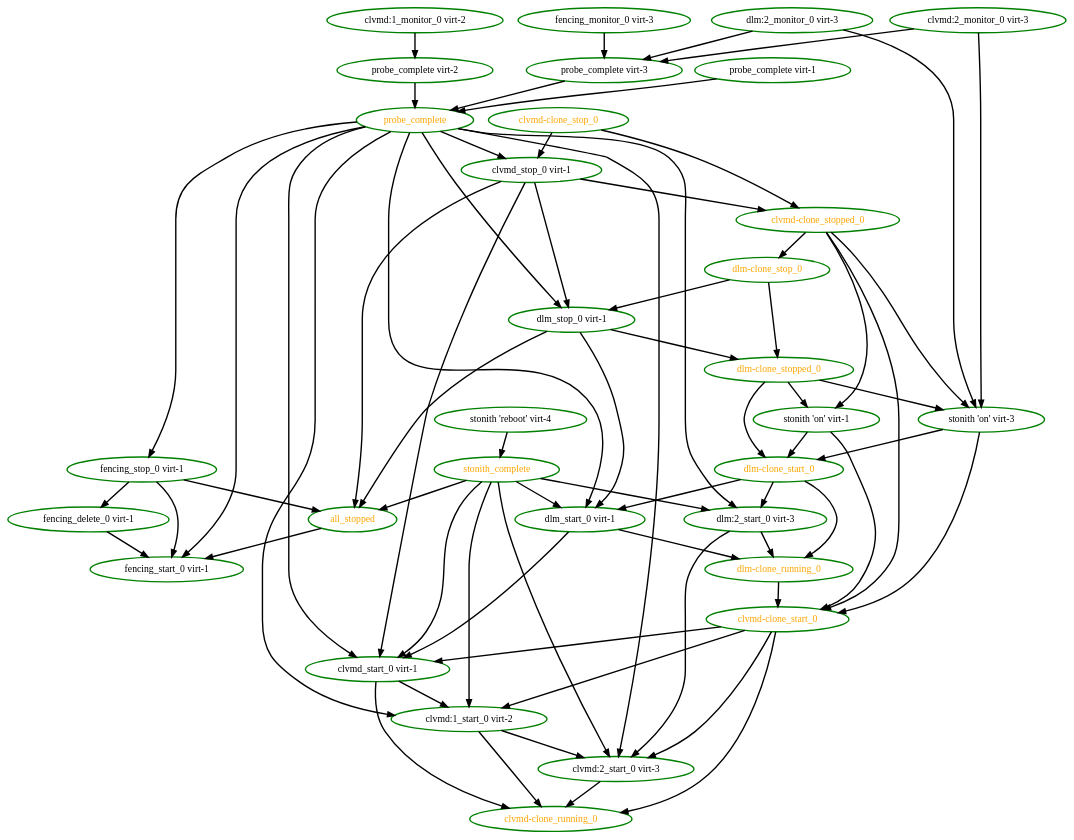
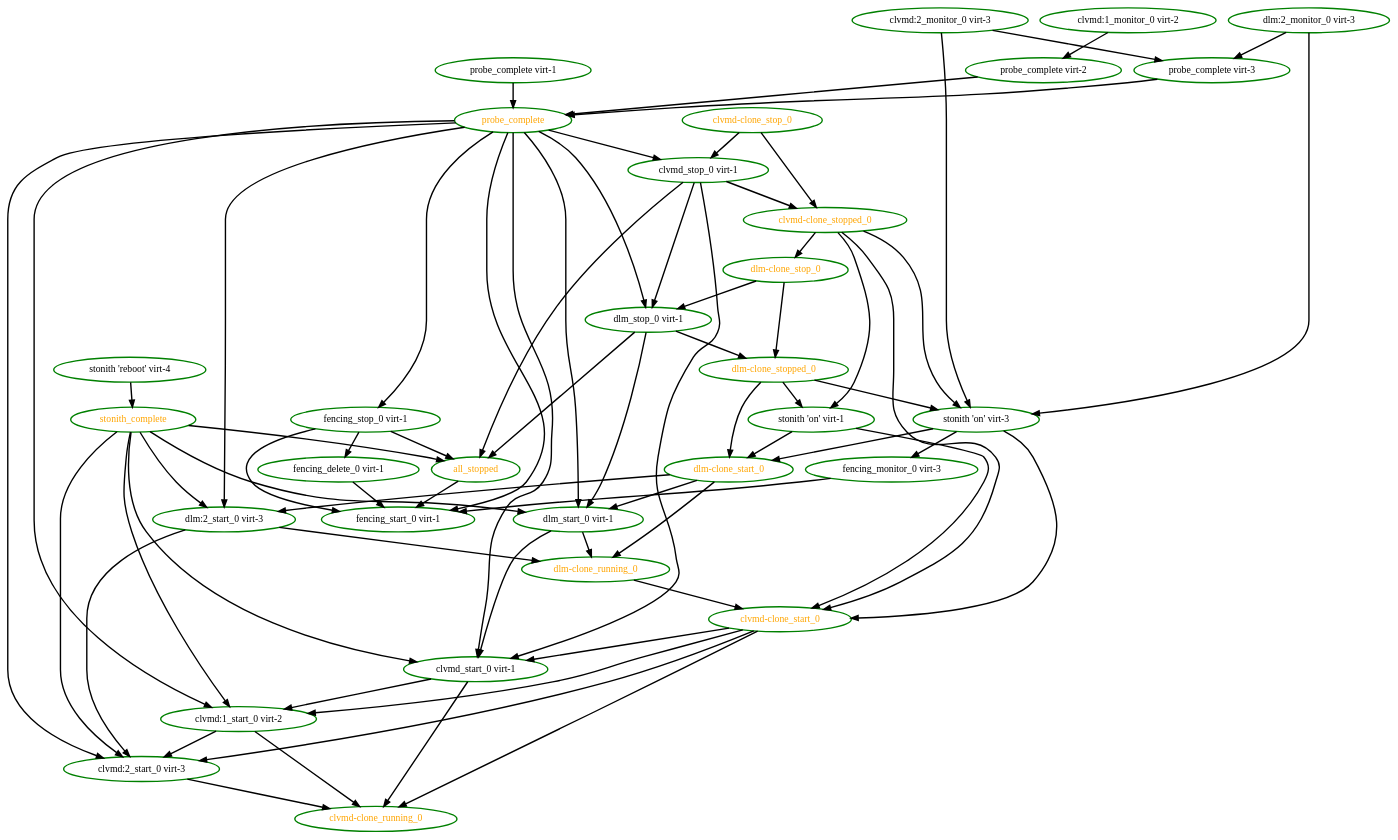
The diagram in pengine/test10/unfence-definition.dot (ClusterLabs/pacemaker), drawn with Graphviz before and after one commit. The commit also changed 10 other files, not shown here.

```diff
--- a/pengine/test10/unfence-definition.dot
+++ b/pengine/test10/unfence-definition.dot
@@ -1,102 +1,103 @@
 digraph "g" {
 "all_stopped" -> "fencing_start_0 virt-1" [ style = bold]
 "all_stopped" [ style=bold color="green" fontcolor="orange"]
 "clvmd-clone_running_0" [ style=bold color="green" fontcolor="orange"]
 "clvmd-clone_start_0" -> "clvmd-clone_running_0" [ style = bold]
 "clvmd-clone_start_0" -> "clvmd:1_start_0 virt-2" [ style = bold]
 "clvmd-clone_start_0" -> "clvmd:2_start_0 virt-3" [ style = bold]
 "clvmd-clone_start_0" -> "clvmd_start_0 virt-1" [ style = bold]
 "clvmd-clone_start_0" [ style=bold color="green" fontcolor="orange"]
 "clvmd-clone_stop_0" -> "clvmd-clone_stopped_0" [ style = bold]
 "clvmd-clone_stop_0" -> "clvmd_stop_0 virt-1" [ style = bold]
 "clvmd-clone_stop_0" [ style=bold color="green" fontcolor="orange"]
 "clvmd-clone_stopped_0" -> "clvmd-clone_start_0" [ style = bold]
 "clvmd-clone_stopped_0" -> "dlm-clone_stop_0" [ style = bold]
 "clvmd-clone_stopped_0" -> "stonith 'on' virt-1" [ style = bold]
 "clvmd-clone_stopped_0" -> "stonith 'on' virt-3" [ style = bold]
 "clvmd-clone_stopped_0" [ style=bold color="green" fontcolor="orange"]
 "clvmd:1_monitor_0 virt-2" -> "probe_complete virt-2" [ style = bold]
 "clvmd:1_monitor_0 virt-2" [ style=bold color="green" fontcolor="black"]
 "clvmd:1_start_0 virt-2" -> "clvmd-clone_running_0" [ style = bold]
 "clvmd:1_start_0 virt-2" -> "clvmd:2_start_0 virt-3" [ style = bold]
 "clvmd:1_start_0 virt-2" [ style=bold color="green" fontcolor="black"]
 "clvmd:2_monitor_0 virt-3" -> "probe_complete virt-3" [ style = bold]
 "clvmd:2_monitor_0 virt-3" -> "stonith 'on' virt-3" [ style = bold]
 "clvmd:2_monitor_0 virt-3" [ style=bold color="green" fontcolor="black"]
 "clvmd:2_start_0 virt-3" -> "clvmd-clone_running_0" [ style = bold]
 "clvmd:2_start_0 virt-3" [ style=bold color="green" fontcolor="black"]
 "clvmd_start_0 virt-1" -> "clvmd-clone_running_0" [ style = bold]
 "clvmd_start_0 virt-1" -> "clvmd:1_start_0 virt-2" [ style = bold]
 "clvmd_start_0 virt-1" [ style=bold color="green" fontcolor="black"]
 "clvmd_stop_0 virt-1" -> "all_stopped" [ style = bold]
 "clvmd_stop_0 virt-1" -> "clvmd-clone_stopped_0" [ style = bold]
 "clvmd_stop_0 virt-1" -> "clvmd_start_0 virt-1" [ style = bold]
 "clvmd_stop_0 virt-1" -> "dlm_stop_0 virt-1" [ style = bold]
 "clvmd_stop_0 virt-1" [ style=bold color="green" fontcolor="black"]
 "dlm-clone_running_0" -> "clvmd-clone_start_0" [ style = bold]
 "dlm-clone_running_0" [ style=bold color="green" fontcolor="orange"]
 "dlm-clone_start_0" -> "dlm-clone_running_0" [ style = bold]
 "dlm-clone_start_0" -> "dlm:2_start_0 virt-3" [ style = bold]
 "dlm-clone_start_0" -> "dlm_start_0 virt-1" [ style = bold]
 "dlm-clone_start_0" [ style=bold color="green" fontcolor="orange"]
 "dlm-clone_stop_0" -> "dlm-clone_stopped_0" [ style = bold]
 "dlm-clone_stop_0" -> "dlm_stop_0 virt-1" [ style = bold]
 "dlm-clone_stop_0" [ style=bold color="green" fontcolor="orange"]
 "dlm-clone_stopped_0" -> "dlm-clone_start_0" [ style = bold]
 "dlm-clone_stopped_0" -> "stonith 'on' virt-1" [ style = bold]
 "dlm-clone_stopped_0" -> "stonith 'on' virt-3" [ style = bold]
 "dlm-clone_stopped_0" [ style=bold color="green" fontcolor="orange"]
 "dlm:2_monitor_0 virt-3" -> "probe_complete virt-3" [ style = bold]
 "dlm:2_monitor_0 virt-3" -> "stonith 'on' virt-3" [ style = bold]
 "dlm:2_monitor_0 virt-3" [ style=bold color="green" fontcolor="black"]
 "dlm:2_start_0 virt-3" -> "clvmd:2_start_0 virt-3" [ style = bold]
 "dlm:2_start_0 virt-3" -> "dlm-clone_running_0" [ style = bold]
 "dlm:2_start_0 virt-3" [ style=bold color="green" fontcolor="black"]
 "dlm_start_0 virt-1" -> "clvmd_start_0 virt-1" [ style = bold]
 "dlm_start_0 virt-1" -> "dlm-clone_running_0" [ style = bold]
 "dlm_start_0 virt-1" [ style=bold color="green" fontcolor="black"]
 "dlm_stop_0 virt-1" -> "all_stopped" [ style = bold]
 "dlm_stop_0 virt-1" -> "dlm-clone_stopped_0" [ style = bold]
 "dlm_stop_0 virt-1" -> "dlm_start_0 virt-1" [ style = bold]
 "dlm_stop_0 virt-1" [ style=bold color="green" fontcolor="black"]
 "fencing_delete_0 virt-1" -> "fencing_start_0 virt-1" [ style = bold]
 "fencing_delete_0 virt-1" [ style=bold color="green" fontcolor="black"]
-"fencing_monitor_0 virt-3" -> "probe_complete virt-3" [ style = bold]
+"fencing_monitor_0 virt-3" -> "fencing_start_0 virt-1" [ style = bold]
 "fencing_monitor_0 virt-3" [ style=bold color="green" fontcolor="black"]
 "fencing_start_0 virt-1" [ style=bold color="green" fontcolor="black"]
 "fencing_stop_0 virt-1" -> "all_stopped" [ style = bold]
 "fencing_stop_0 virt-1" -> "fencing_delete_0 virt-1" [ style = bold]
 "fencing_stop_0 virt-1" -> "fencing_start_0 virt-1" [ style = bold]
 "fencing_stop_0 virt-1" [ style=bold color="green" fontcolor="black"]
 "probe_complete virt-1" -> "probe_complete" [ style = bold]
 "probe_complete virt-1" [ style=bold color="green" fontcolor="black"]
 "probe_complete virt-2" -> "probe_complete" [ style = bold]
 "probe_complete virt-2" [ style=bold color="green" fontcolor="black"]
 "probe_complete virt-3" -> "probe_complete" [ style = bold]
 "probe_complete virt-3" [ style=bold color="green" fontcolor="black"]
 "probe_complete" -> "clvmd:1_start_0 virt-2" [ style = bold]
 "probe_complete" -> "clvmd:2_start_0 virt-3" [ style = bold]
 "probe_complete" -> "clvmd_start_0 virt-1" [ style = bold]
 "probe_complete" -> "clvmd_stop_0 virt-1" [ style = bold]
 "probe_complete" -> "dlm:2_start_0 virt-3" [ style = bold]
 "probe_complete" -> "dlm_start_0 virt-1" [ style = bold]
 "probe_complete" -> "dlm_stop_0 virt-1" [ style = bold]
 "probe_complete" -> "fencing_start_0 virt-1" [ style = bold]
 "probe_complete" -> "fencing_stop_0 virt-1" [ style = bold]
 "probe_complete" [ style=bold color="green" fontcolor="orange"]
 "stonith 'on' virt-1" -> "clvmd-clone_start_0" [ style = bold]
 "stonith 'on' virt-1" -> "dlm-clone_start_0" [ style = bold]
 "stonith 'on' virt-1" [ style=bold color="green" fontcolor="black"]
 "stonith 'on' virt-3" -> "clvmd-clone_start_0" [ style = bold]
 "stonith 'on' virt-3" -> "dlm-clone_start_0" [ style = bold]
+"stonith 'on' virt-3" -> "fencing_monitor_0 virt-3" [ style = bold]
 "stonith 'on' virt-3" [ style=bold color="green" fontcolor="black"]
 "stonith 'reboot' virt-4" -> "stonith_complete" [ style = bold]
 "stonith 'reboot' virt-4" [ style=bold color="green" fontcolor="black"]
 "stonith_complete" -> "all_stopped" [ style = bold]
 "stonith_complete" -> "clvmd:1_start_0 virt-2" [ style = bold]
 "stonith_complete" -> "clvmd:2_start_0 virt-3" [ style = bold]
 "stonith_complete" -> "clvmd_start_0 virt-1" [ style = bold]
 "stonith_complete" -> "dlm:2_start_0 virt-3" [ style = bold]
 "stonith_complete" -> "dlm_start_0 virt-1" [ style = bold]
 "stonith_complete" [ style=bold color="green" fontcolor="orange"]
 }
```
